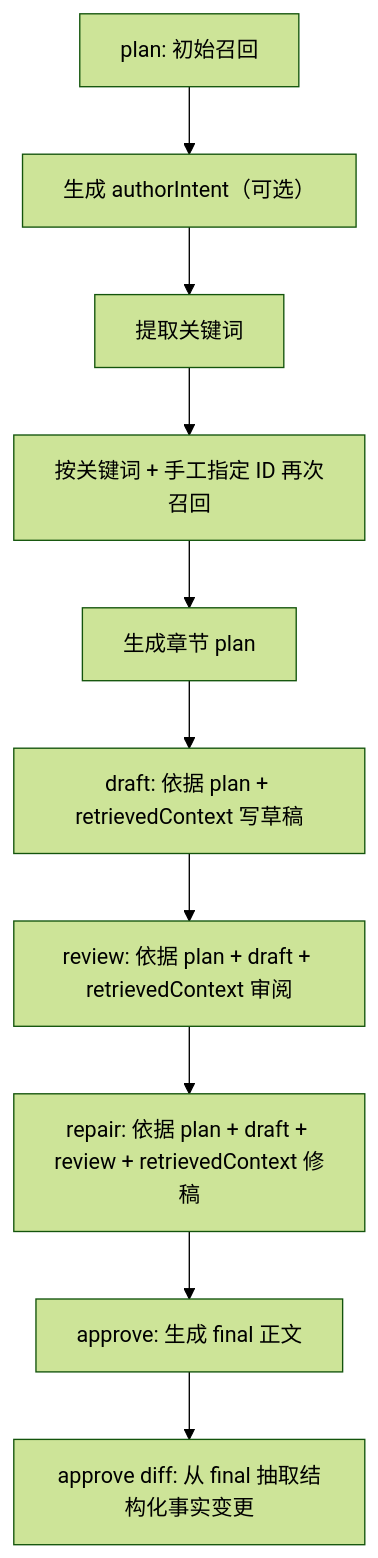
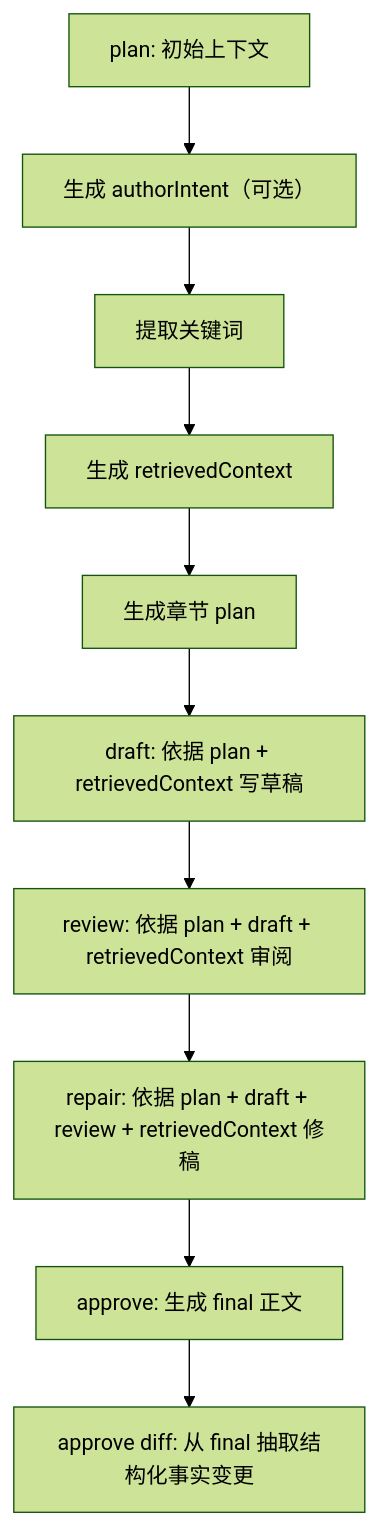
The diagram in docs/prompt-retrieval-relationship.md (housirvip/myai-novel), drawn with Mermaid (forest theme) before and after one commit. The commit also changed other lines of this file and 2 other files, not shown here.

````diff
--- a/docs/prompt-retrieval-relationship.md
+++ b/docs/prompt-retrieval-relationship.md
@@ -47,12 +56,12 @@
 ```mermaid
 flowchart TD
-    A["plan: 初始召回"] --> B["生成 authorIntent（可选）"]
+    A["plan: 初始上下文"] --> B["生成 authorIntent（可选）"]
     B --> C["提取关键词"]
-    C --> D["按关键词 + 手工指定 ID 再次召回"]
+    C --> D["生成 retrievedContext"]
     D --> E["生成章节 plan"]
     E --> F["draft: 依据 plan + retrievedContext 写草稿"]
     F --> G["review: 依据 plan + draft + retrievedContext 审阅"]
     G --> H["repair: 依据 plan + draft + review + retrievedContext 修稿"]
     H --> I["approve: 生成 final 正文"]
     I --> J["approve diff: 从 final 抽取结构化事实变更"]
 ```
````
